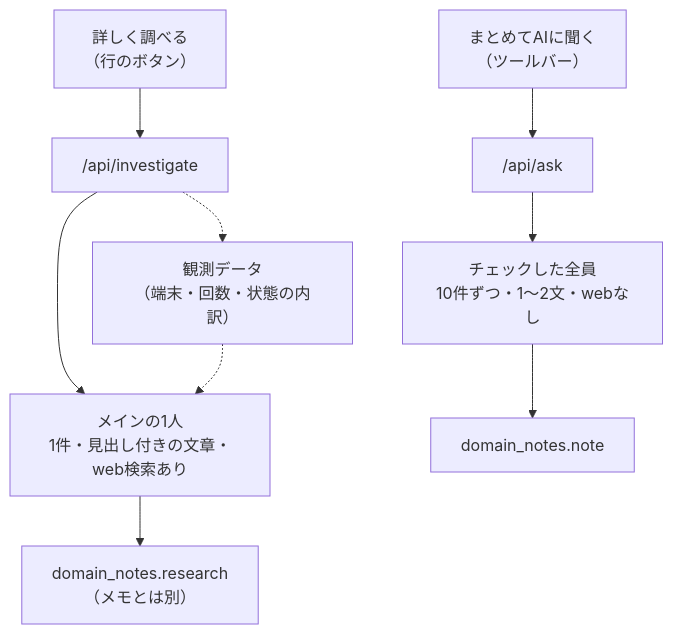
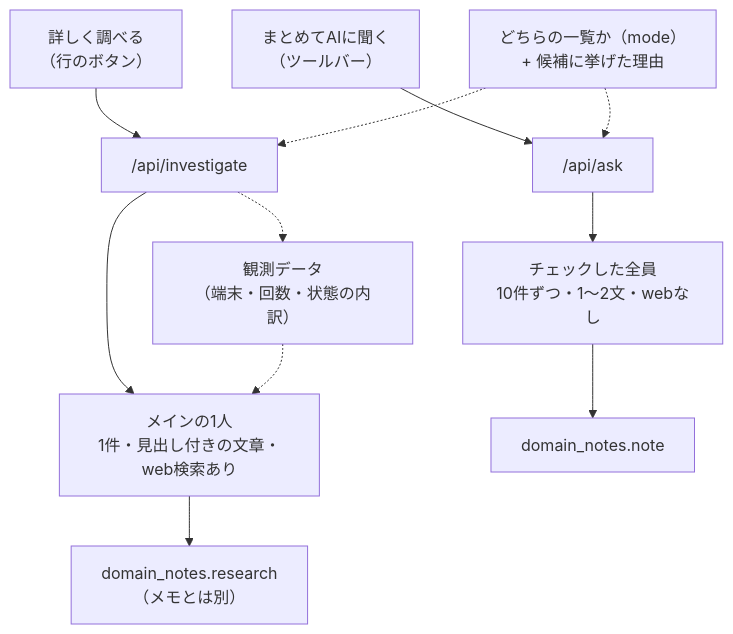
Before and after one commit to rtcode337/pihole-monitor: the fourth of 5 diagrams in docs/architecture.md, drawn with Mermaid. The commit also changed other lines of this file and 11 other files, not shown here.

````diff
--- a/docs/architecture.md
+++ b/docs/architecture.md
@@ -148,14 +152,17 @@
 ```mermaid
 flowchart TB
     B1["まとめてAIに聞く<br/>（ツールバー）"] --> ASK["/api/ask"]
     B2["詳しく調べる<br/>（行のボタン）"] --> INV["/api/investigate"]
 
     ASK --> ALL["チェックした全員<br/>10件ずつ・1〜2文・webなし"]
     INV --> ONE["メインの1人<br/>1件・見出し付きの文章・web検索あり"]
 
+    MODE["どちらの一覧か（mode）<br/>+ 候補に挙げた理由"] -.-> ASK
+    MODE -.-> INV
+
     INV -.-> PROF["観測データ<br/>（端末・回数・状態の内訳）"]
     PROF -.-> ONE
 
     ALL --> NOTE["domain_notes.note"]
     ONE --> RES["domain_notes.research<br/>（メモとは別）"]
 ```
````
